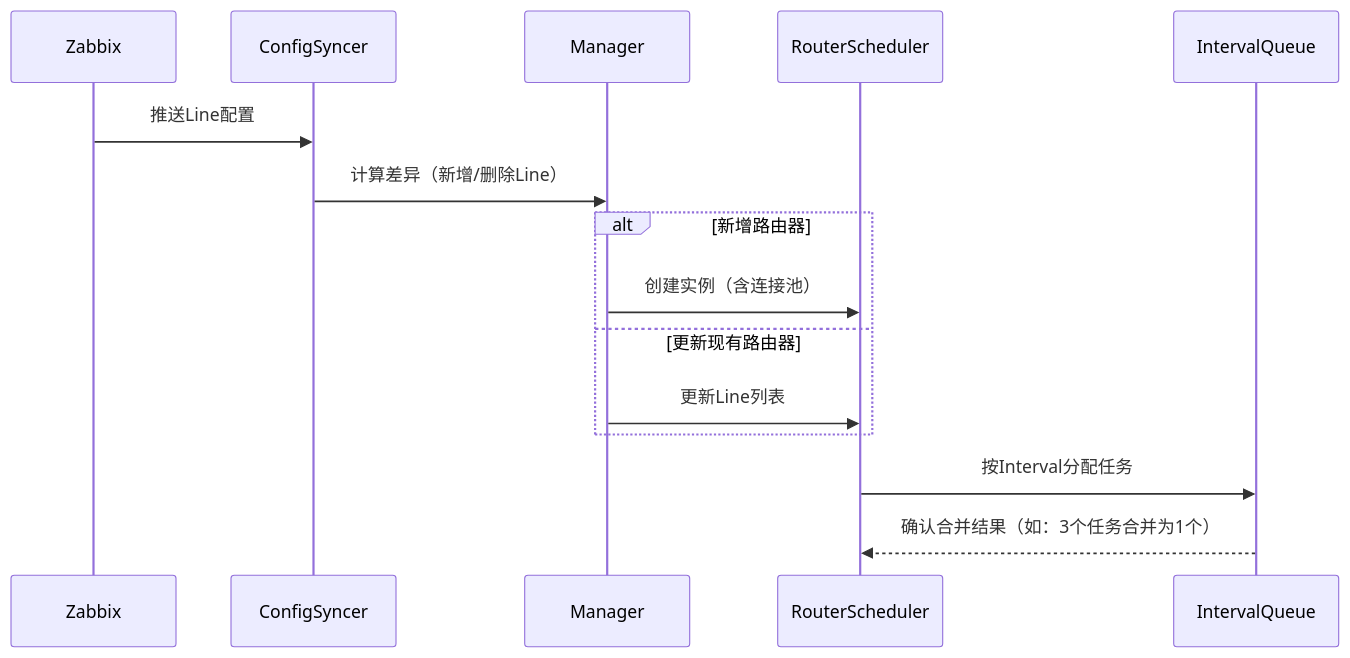
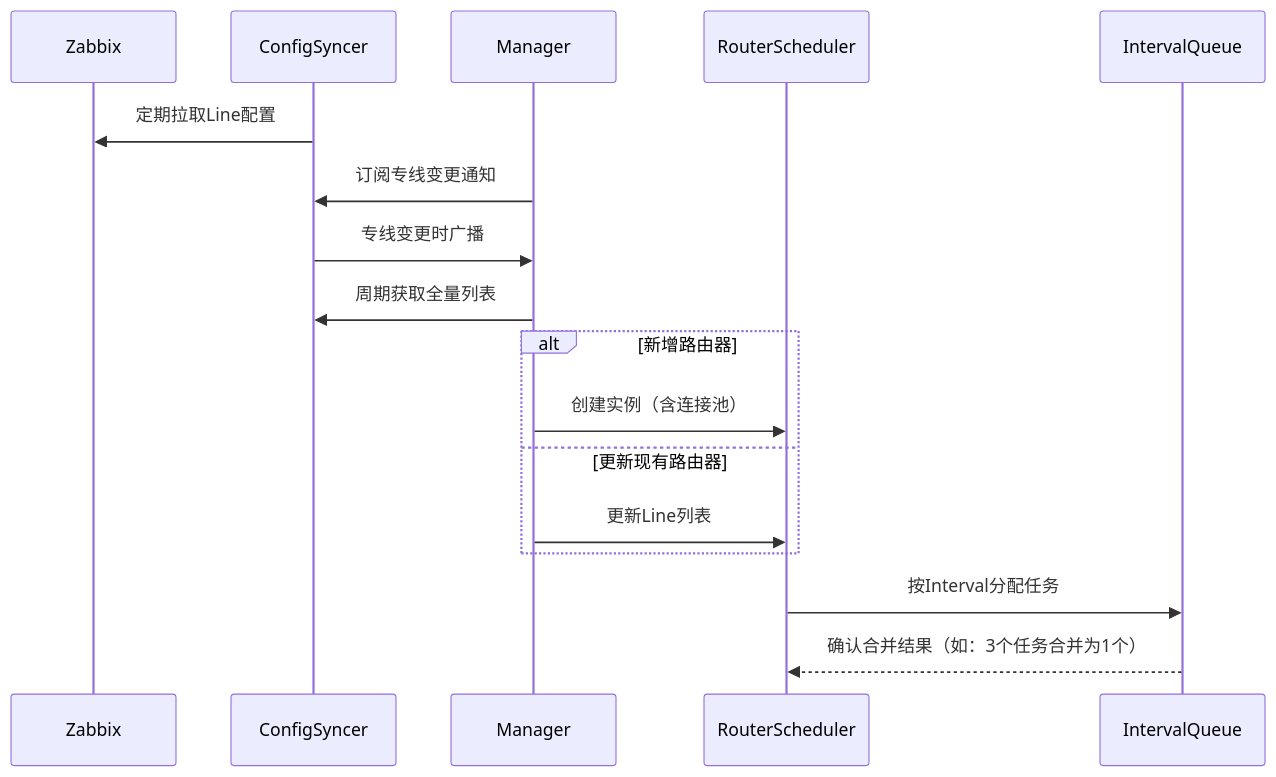
One commit to charlesren/zabbix_ddl_monitor changed the second of 3 diagrams in spec/line_monitoring/design.md. Above: the diagram before and after it, drawn with Mermaid. The commit also changed other lines of this file and 6 other files, not shown here.

````diff
--- a/spec/line_monitoring/design.md
+++ b/spec/line_monitoring/design.md
@@ -89,19 +93,20 @@
 ```mermaid
 sequenceDiagram
     participant Zabbix
     participant ConfigSyncer
     participant Manager
     participant RouterScheduler
     participant IntervalQueue
 
-    Zabbix->>ConfigSyncer: 推送Line配置
-    ConfigSyncer->>Manager: 计算差异（新增/删除Line）
+    ConfigSyncer->>Zabbix: 定期拉取Line配置
+    Manager->>ConfigSyncer: 订阅专线变更通知
+    ConfigSyncer->>Manager: 专线变更时广播
+    Manager->>ConfigSyncer: 周期获取全量列表
     alt 新增路由器
         Manager->>RouterScheduler: 创建实例（含连接池）
     else 更新现有路由器
         Manager->>RouterScheduler: 更新Line列表
     end
     RouterScheduler->>IntervalQueue: 按Interval分配任务
     IntervalQueue-->>RouterScheduler: 确认合并结果（如：3个任务合并为1个）
-
 ```
````
